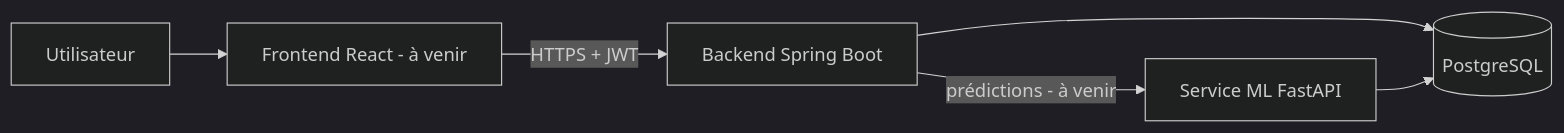
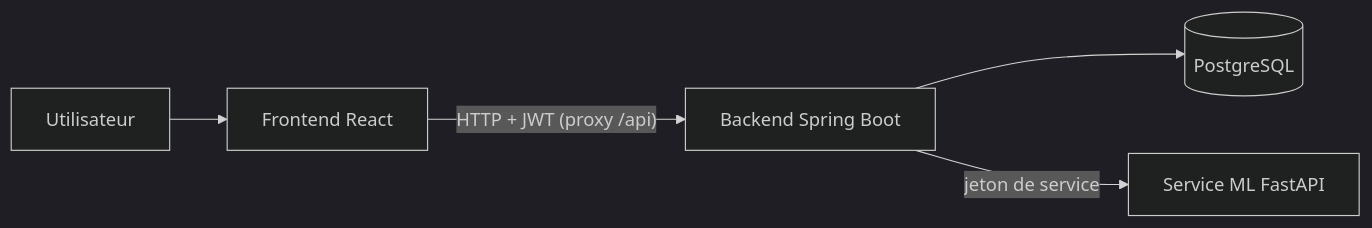
One commit to ELKHALIFA-AYMEN/churnguard changed the first of 3 diagrams in docs/architecture.md. Above: the diagram before and after it, drawn with Mermaid (dark theme). The commit also changed other lines of this file and 1 other file, not shown here.

Commit message:
docs: rewrite README and update architecture documentation

````diff
--- a/docs/architecture.md
+++ b/docs/architecture.md
@@ -5,8 +5,7 @@
 ```mermaid
 flowchart LR
-    U[Utilisateur] --> F[Frontend React - à venir]
-    F -->|HTTPS + JWT| B[Backend Spring Boot]
+    U[Utilisateur] --> F[Frontend React]
+    F -->|"HTTP + JWT (proxy /api)"| B[Backend Spring Boot]
     B --> DB[(PostgreSQL)]
-    B -->|prédictions - à venir| M[Service ML FastAPI]
-    M --> DB
+    B -->|"jeton de service"| M[Service ML FastAPI]
 ```
````
